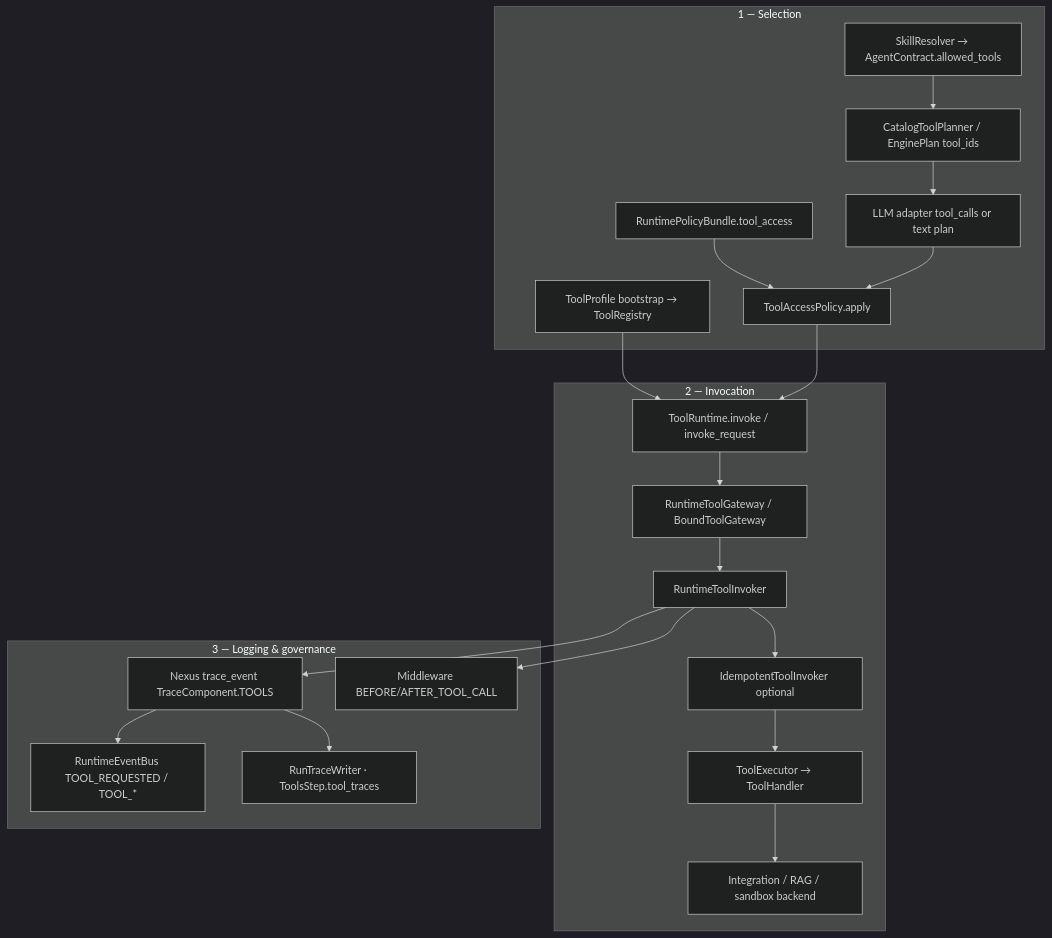
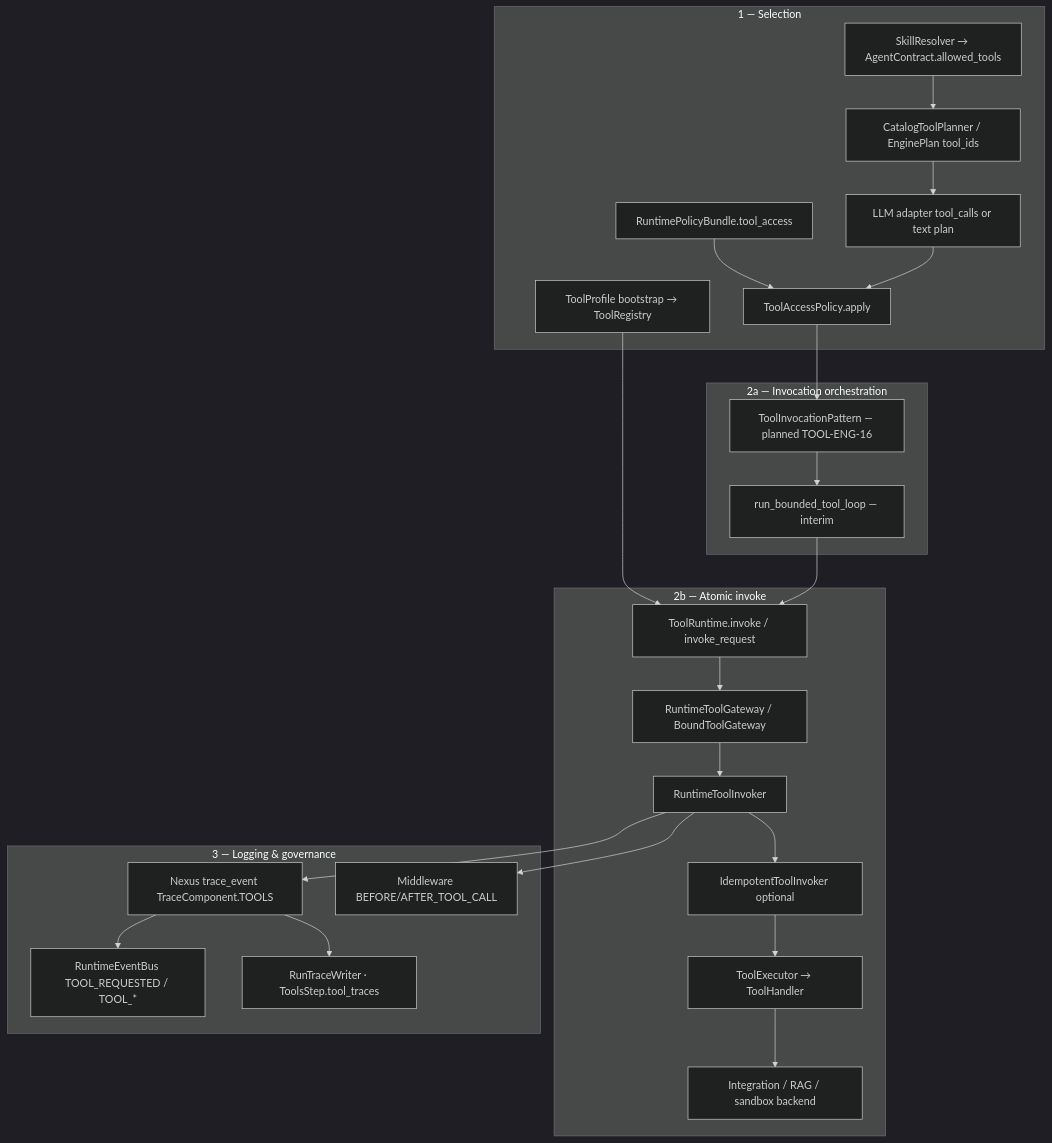
The first of 3 diagrams in docs/architecture/TOOLS.md (jakbuczarnecki/intergrax), drawn with Mermaid (dark theme) before and after one commit. The commit also changed other lines of this file and 23 other files, not shown here.

First line of the commit message:
feat(tier3): add APP-PROD-7 budget enforcement gate for STRICT product hosts + docs(tools): canon invocation patterns and register TOOL-ENG-16–30 plan queue

````diff
--- a/docs/architecture/TOOLS.md
+++ b/docs/architecture/TOOLS.md
@@ -157,36 +159,43 @@
 ```mermaid
 flowchart TD
     subgraph Select["1 — Selection"]
         TP[ToolProfile bootstrap → ToolRegistry]
         SK[SkillResolver → AgentContract.allowed_tools]
         PB[RuntimePolicyBundle.tool_access]
         CTP[CatalogToolPlanner / EnginePlan tool_ids]
         LLM[LLM adapter tool_calls or text plan]
         TAP[ToolAccessPolicy.apply]
     end
 
-    subgraph Invoke["2 — Invocation"]
+    subgraph Orchestrate["2a — Invocation orchestration"]
+        TIP[ToolInvocationPattern — planned TOOL-ENG-16]
+        TLB[run_bounded_tool_loop — interim]
+    end
+
+    subgraph Invoke["2b — Atomic invoke"]
         TR[ToolRuntime.invoke / invoke_request]
         GW[RuntimeToolGateway / BoundToolGateway]
         RTI[RuntimeToolInvoker]
         IID[IdempotentToolInvoker optional]
         EX[ToolExecutor → ToolHandler]
         BE[Integration / RAG / sandbox backend]
     end
 
     subgraph Log["3 — Logging & governance"]
         TE[Nexus trace_event TraceComponent.TOOLS]
         EVT[RuntimeEventBus TOOL_REQUESTED / TOOL_*]
         MW[Middleware BEFORE/AFTER_TOOL_CALL]
         TRW[RunTraceWriter · ToolsStep.tool_traces]
     end
 
     TP --> TR
     SK --> CTP
     PB --> TAP
-    CTP --> LLM --> TAP --> TR
+    CTP --> LLM --> TAP --> TIP
+    TIP --> TLB
+    TLB --> TR
     TR --> GW --> RTI --> IID --> EX --> BE
     RTI --> TE --> EVT
     RTI --> MW
     TE --> TRW
 ```
````
